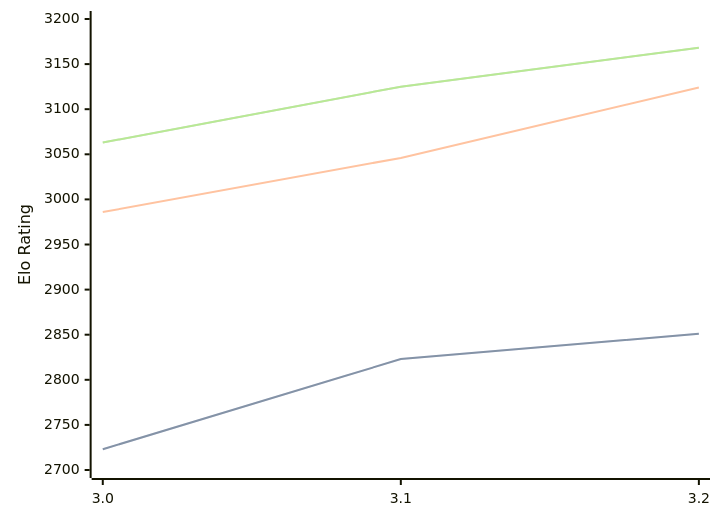
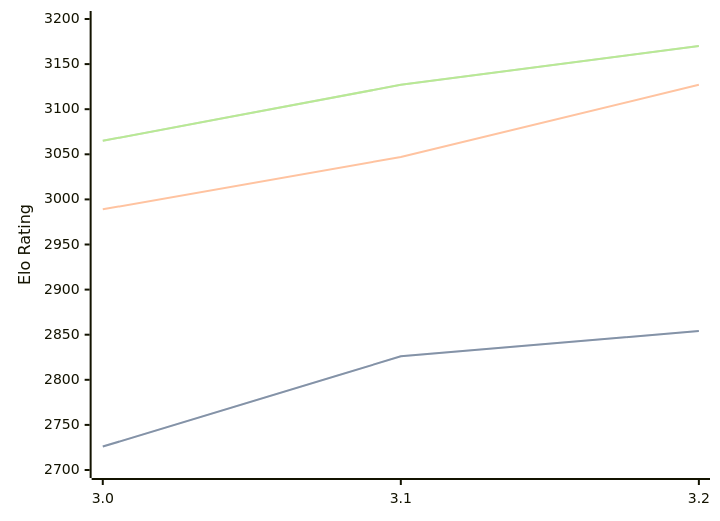
The diagram in engines/Vajolet2.md (computer-chess-index/cci), drawn with Mermaid before and after one commit. The commit also changed other lines of this file, not shown here.

Commit message:
Update CCI Ratings (ELO VLTC) - 2026-08-24

````diff
--- a/engines/Vajolet2.md
+++ b/engines/Vajolet2.md
@@ -33,11 +33,11 @@
 ```mermaid
 %%{init: {"theme":"base","themeVariables":{"seriesColors:['#a3a3a3','#222221','#faa371']}}}%%
 xychart-beta
   x-axis ["3.0", "3.1", "3.2"]
   y-axis "Elo Rating" 2700 --> 3200
-  line "STC (8.0+0.08s)" [2723, 2823, 2851]
-  line "STC (8.0+0.08s)" [2723, 2823, 2851]
-  line "LTC (60.0+0.60s)" [2986, 3046, 3124]
-  line "VLTC (2m24s+1.12s)" [3063, 3125, 3168]
-  line "VLTC (2m24s+1.12s)" [3063, 3125, 3168]
+  line "STC (8.0+0.08s)" [2726, 2826, 2854]
+  line "STC (8.0+0.08s)" [2726, 2826, 2854]
+  line "LTC (60.0+0.60s)" [2989, 3047, 3127]
+  line "VLTC (2m24s+1.12s)" [3065, 3127, 3170]
+  line "VLTC (2m24s+1.12s)" [3065, 3127, 3170]
 ```
````
